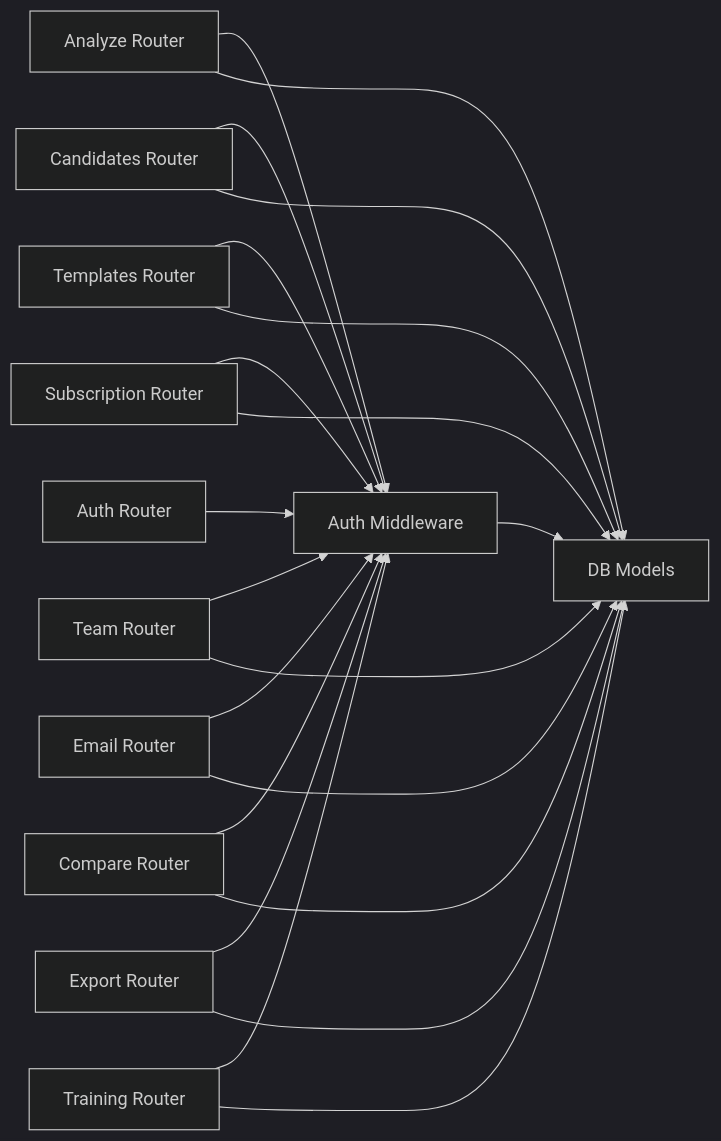
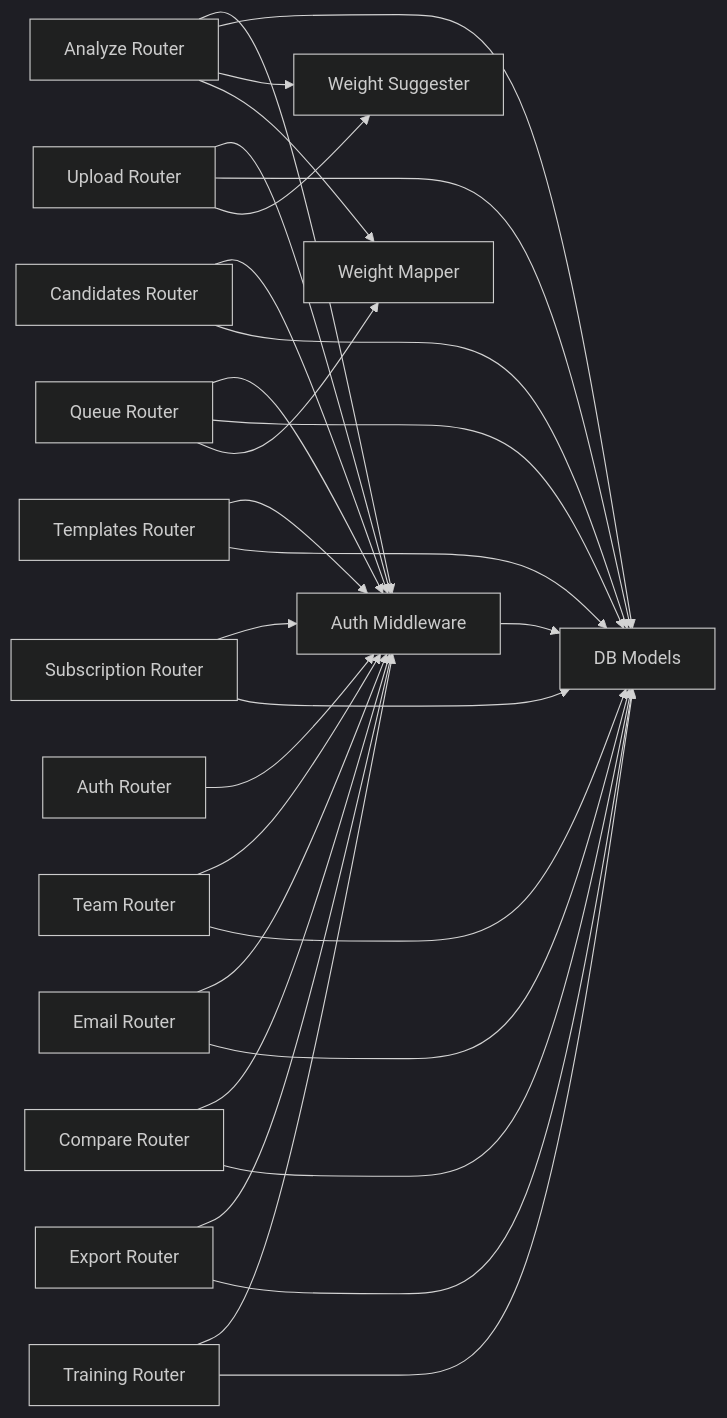
The third of 4 diagrams in .qoder/repowiki/en/content/API Reference/API Reference.md (Revanththetalogics/aireume), drawn with Mermaid (dark theme) before and after one commit. The commit also changed other lines of this file and 20 other files, not shown here.

````diff
--- a/.qoder/repowiki/en/content/API Reference/API Reference.md
+++ b/.qoder/repowiki/en/content/API Reference/API Reference.md
@@ -405,23 +525,31 @@
 ```mermaid
 graph LR
 AUTH["Auth Router"] --> MW["Auth Middleware"]
 ANALYZE["Analyze Router"] --> MW
 CAND["Candidates Router"] --> MW
 TMPL["Templates Router"] --> MW
 SUB["Subscription Router"] --> MW
 TEAM["Team Router"] --> MW
 EMAIL["Email Router"] --> MW
 COMPARE["Compare Router"] --> MW
 EXPORT["Export Router"] --> MW
 TRAIN["Training Router"] --> MW
+UPLOAD["Upload Router"] --> MW
+QUEUE["Queue Router"] --> MW
 ANALYZE --> DBM["DB Models"]
+UPLOAD --> DBM
+QUEUE --> DBM
 CAND --> DBM
 TMPL --> DBM
 SUB --> DBM
 TEAM --> DBM
 EMAIL --> DBM
 COMPARE --> DBM
 EXPORT --> DBM
 TRAIN --> DBM
 MW --> DBM
+ANALYZE --> WS["Weight Suggester"]
+ANALYZE --> WM["Weight Mapper"]
+UPLOAD --> WS
+QUEUE --> WM
 ```
````
